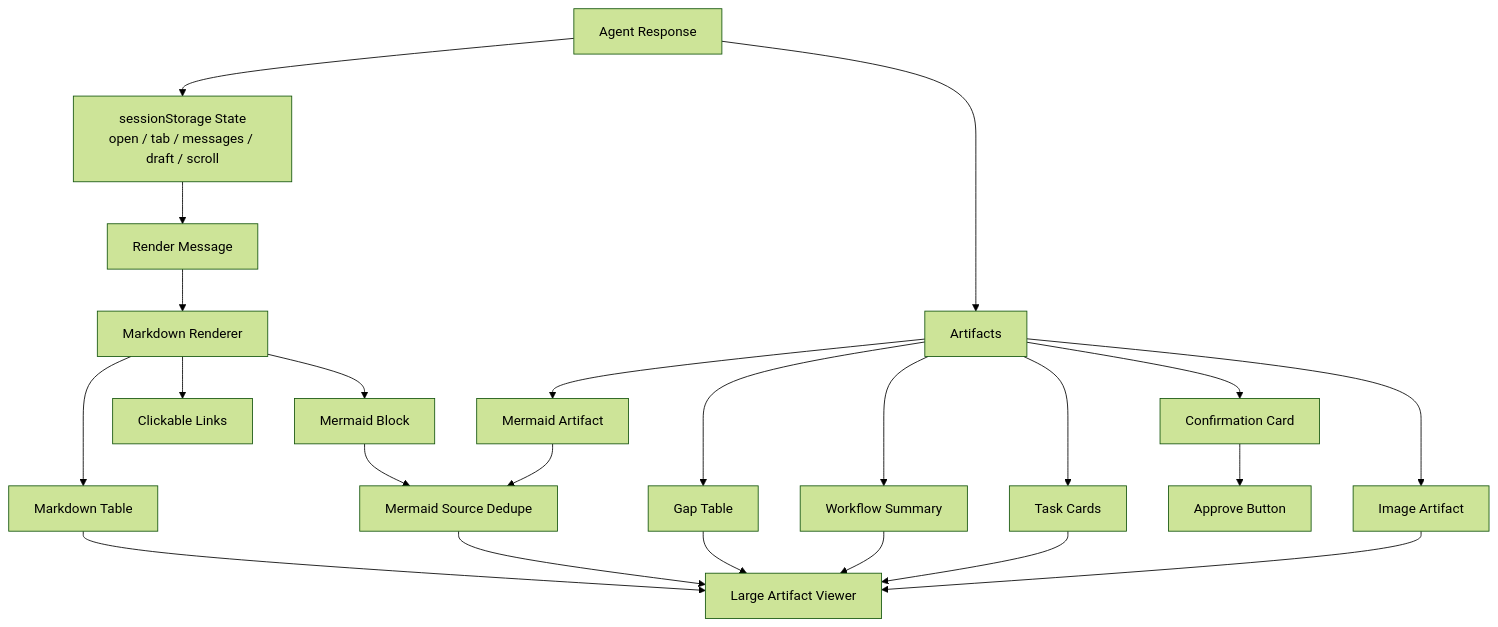
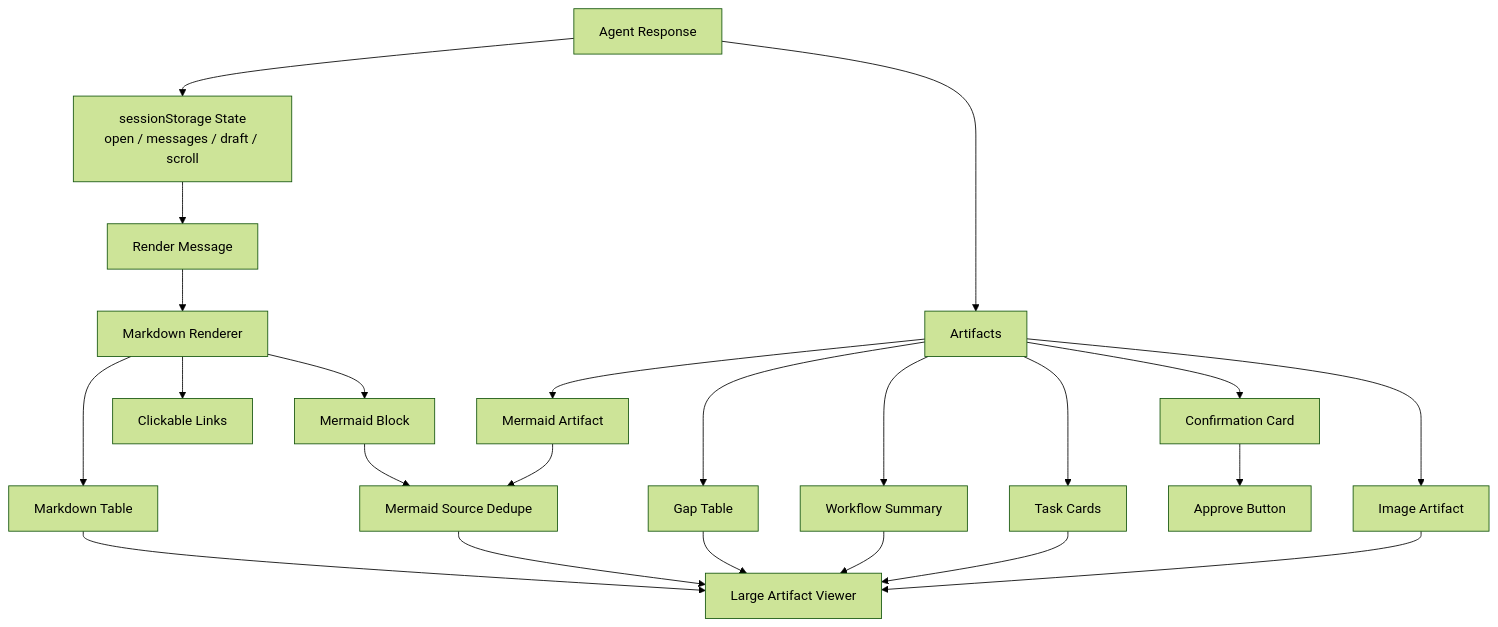
The third of 6 diagrams in data/boi/public/boi-wiki-manual/agent/boi-agent-implementation-structure.md (chokukil/boi-wiki), drawn with Mermaid (forest theme) before and after one commit. The commit also changed other lines of this file and 99 other files, not shown here.

````diff
--- a/data/boi/public/boi-wiki-manual/agent/boi-agent-implementation-structure.md
+++ b/data/boi/public/boi-wiki-manual/agent/boi-agent-implementation-structure.md
@@ -127,29 +130,29 @@
 ```mermaid
 flowchart TD
-  RESPONSE["Agent Response"] --> STATE["sessionStorage State<br/>open / tab / messages / draft / scroll"]
+  RESPONSE["Agent Response"] --> STATE["sessionStorage State<br/>open / messages / draft / scroll"]
   STATE --> MSG["Render Message"]
 
   MSG --> MD["Markdown Renderer"]
   MD --> TABLE["Markdown Table"]
   MD --> LINK["Clickable Links"]
   MD --> MERMAID["Mermaid Block"]
 
   RESPONSE --> ART["Artifacts"]
   ART --> MERMAID2["Mermaid Artifact"]
   ART --> GAP["Gap Table"]
   ART --> WF["Workflow Summary"]
   ART --> TASK["Task Cards"]
   ART --> CONFIRM["Confirmation Card"]
   ART --> IMAGE["Image Artifact"]
 
   MERMAID --> DEDUPE["Mermaid Source Dedupe"]
   MERMAID2 --> DEDUPE
   DEDUPE --> VIEWER["Large Artifact Viewer"]
 
   TABLE --> VIEWER
   GAP --> VIEWER
   WF --> VIEWER
   TASK --> VIEWER
   IMAGE --> VIEWER
   CONFIRM --> APPROVE["Approve Button"]
 ```
````
